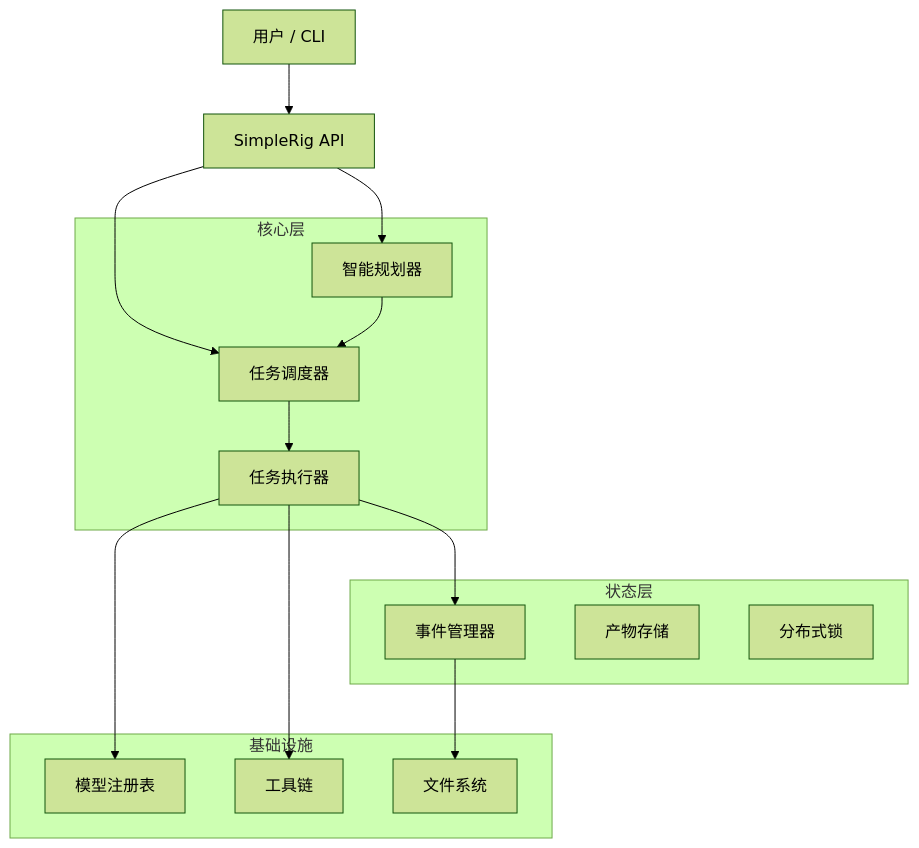
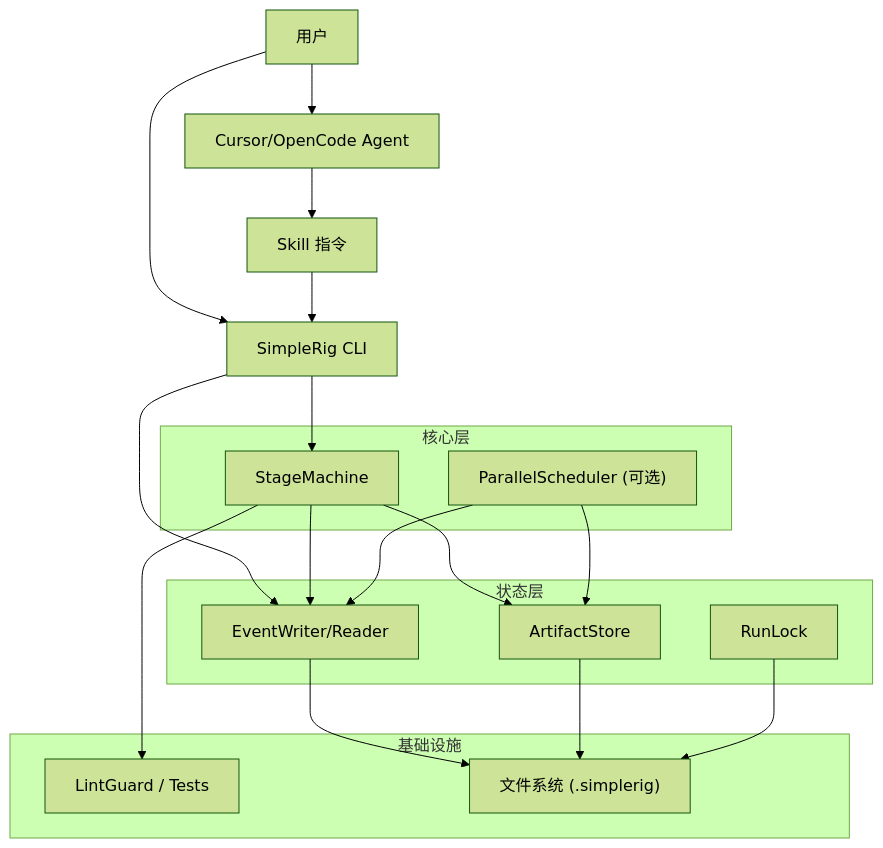
The diagram in docs/architecture.md (chaoshou-coder/simplerig), drawn with Mermaid (forest theme) before and after one commit. The commit also changed other lines of this file and 1 other file, not shown here.

First line of the commit message:
docs: update architecture and ignore .simplerig

````diff
--- a/docs/architecture.md
+++ b/docs/architecture.md
@@ -12,31 +17,34 @@
 ```mermaid
 graph TD
-    User["用户 / CLI"] --> API["SimpleRig API"]
-    
+    User["用户"] --> Agent["Cursor/OpenCode Agent"]
+    User --> CLI["SimpleRig CLI"]
+    Agent --> Skill["Skill 指令"]
+    Skill --> CLI
+
     subgraph Core [核心层]
-        Planner["智能规划器"]
-        Scheduler["任务调度器"]
-        Runner["任务执行器"]
-    end
-    
-    subgraph State [状态层]
-        EventManager["事件管理器"]
-        ArtifactStore["产物存储"]
-        LockManager["分布式锁"]
-    end
-    
-    subgraph Infrastructure [基础设施]
-        LLM["模型注册表"]
-        Tools["工具链"]
-        FS["文件系统"]
+        StageMachine["StageMachine"]
+        Scheduler["ParallelScheduler (可选)"]
     end
 
-    API --> Planner
-    API --> Scheduler
-    Planner --> Scheduler
-    Scheduler --> Runner
-    Runner --> EventManager
-    Runner --> Tools
-    Runner --> LLM
+    subgraph State [状态层]
+        EventManager["EventWriter/Reader"]
+        ArtifactStore["ArtifactStore"]
+        LockManager["RunLock"]
+    end
+
+    subgraph Infrastructure [基础设施]
+        Tools["LintGuard / Tests"]
+        FS["文件系统 (.simplerig)"]
+    end
+
+    CLI --> StageMachine
+    CLI --> EventManager
+    StageMachine --> EventManager
+    StageMachine --> ArtifactStore
+    StageMachine --> Tools
+    Scheduler --> EventManager
+    Scheduler --> ArtifactStore
     EventManager --> FS
+    ArtifactStore --> FS
+    LockManager --> FS
 ```
````
